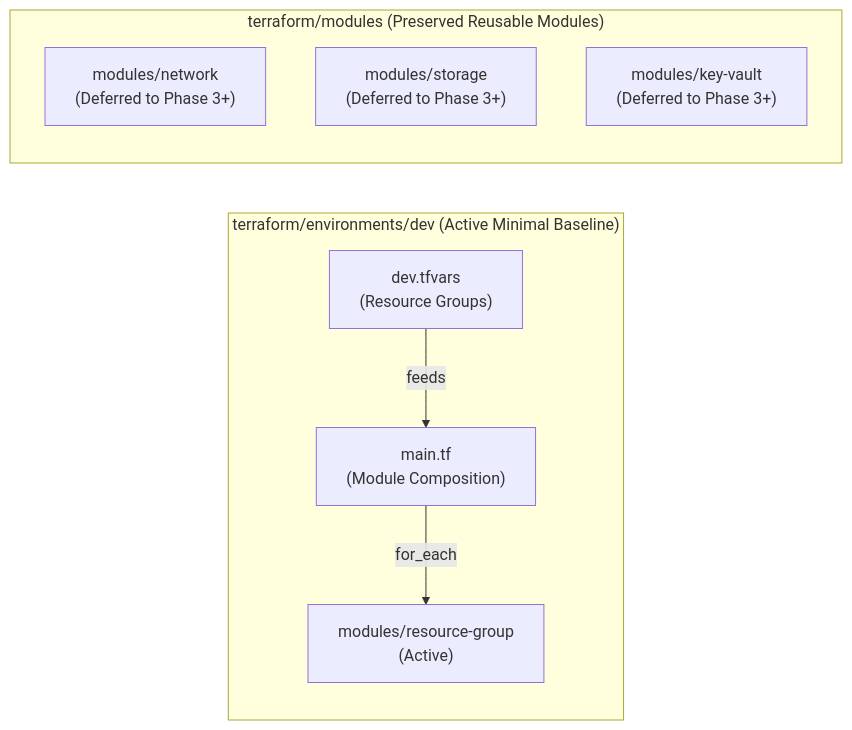
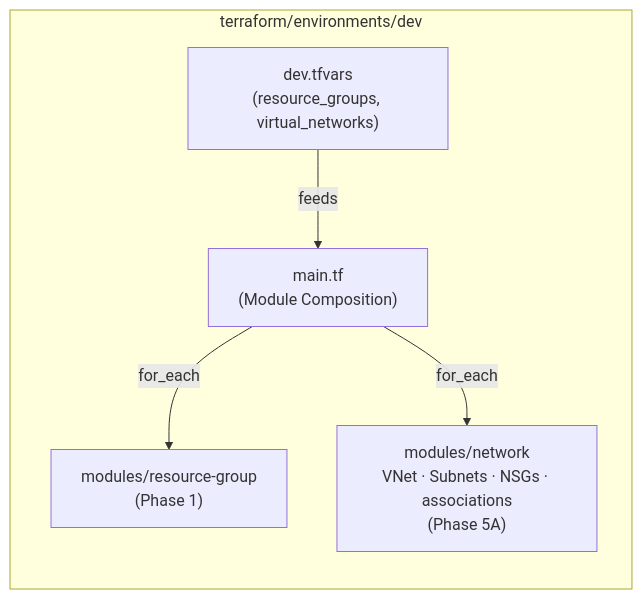
The third of 3 diagrams in docs/architecture.md (HarshAgarwal1102/ai-terraform-drift-detector), drawn with Mermaid before and after one commit. The commit also changed other lines of this file and 3 other files, not shown here.

````diff
--- a/docs/architecture.md
+++ b/docs/architecture.md
@@ -154,16 +170,12 @@
 ```mermaid
 flowchart LR
-    subgraph "terraform/environments/dev (Active Minimal Baseline)"
-        TFVARS["dev.tfvars<br/>(Resource Groups)"]
+    subgraph "terraform/environments/dev"
+        TFVARS["dev.tfvars<br/>(resource_groups, virtual_networks)"]
         MAIN["main.tf<br/>(Module Composition)"]
-        MOD_RG["modules/resource-group<br/>(Active)"]
+        MOD_RG["modules/resource-group<br/>(Phase 1)"]
+        MOD_NET["modules/network<br/>VNet · Subnets · NSGs · associations<br/>(Phase 5A)"]
         TFVARS -->|"feeds"| MAIN
         MAIN -->|"for_each"| MOD_RG
-    end
-
-    subgraph "terraform/modules (Preserved Reusable Modules)"
-        MOD_NET["modules/network<br/>(Deferred to Phase 3+)"]
-        MOD_ST["modules/storage<br/>(Deferred to Phase 3+)"]
-        MOD_KV["modules/key-vault<br/>(Deferred to Phase 3+)"]
+        MAIN -->|"for_each"| MOD_NET
     end
 ```
````
